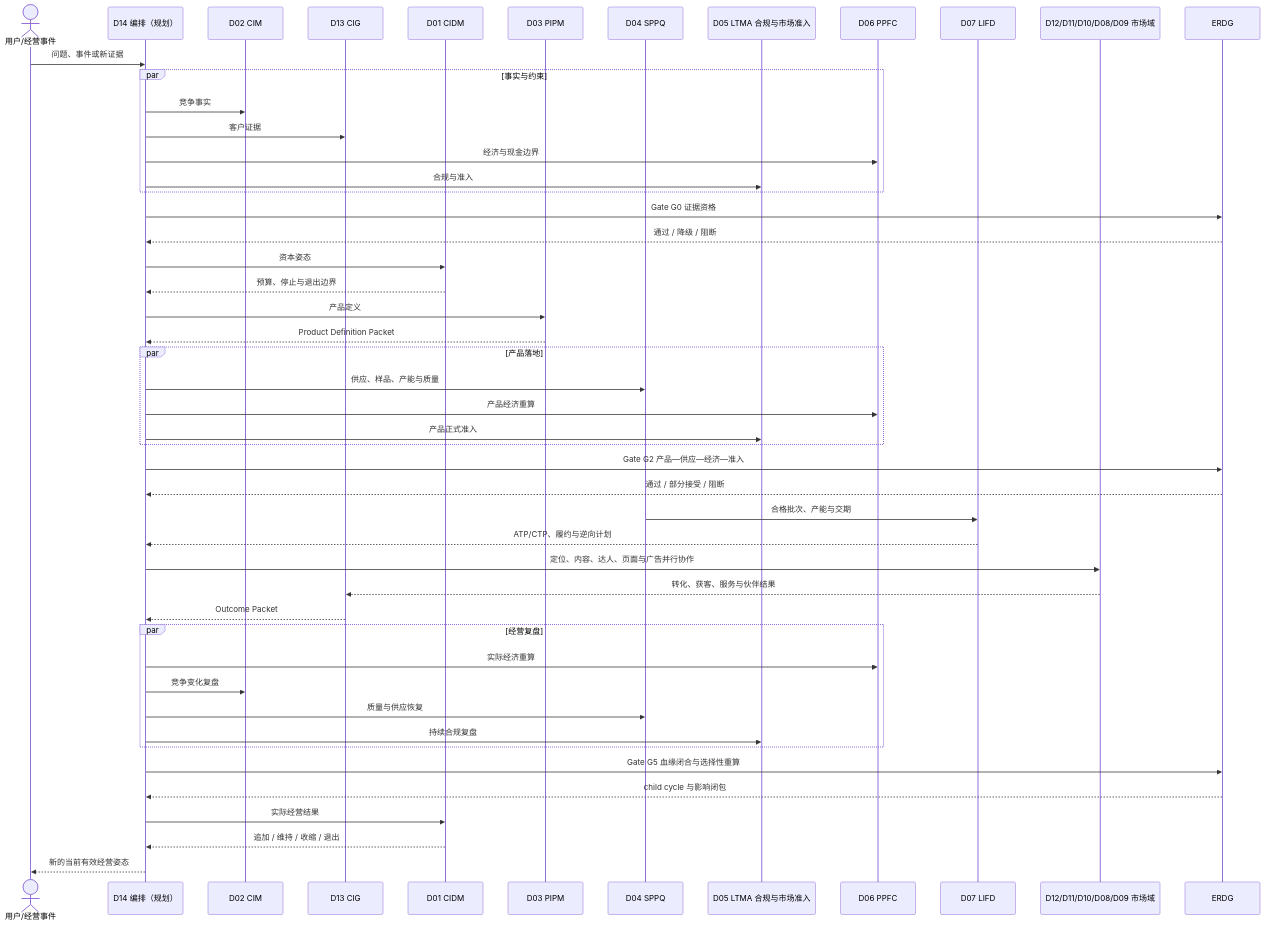
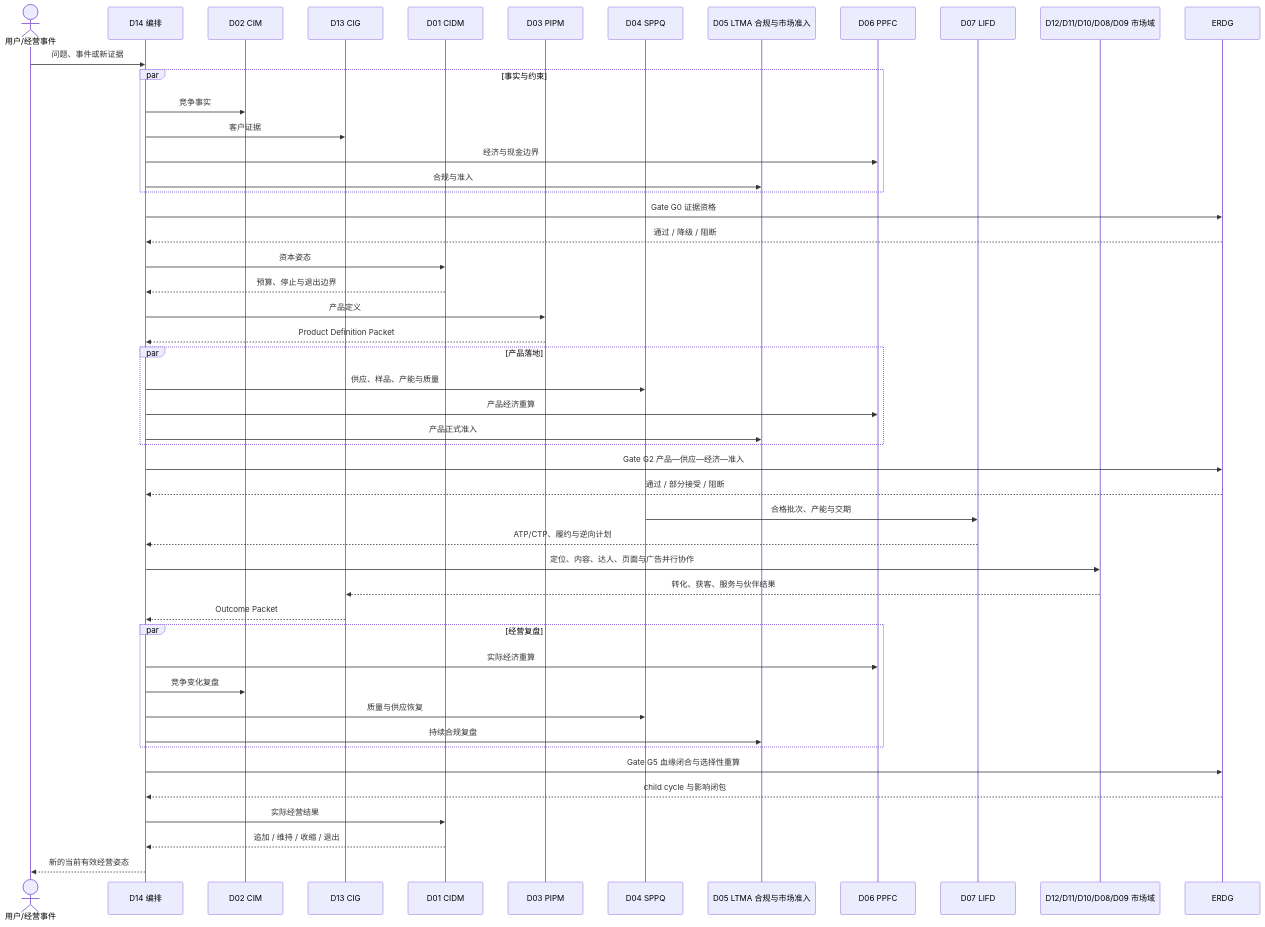
One commit to saye-chen/CrossBorder-Decision-Lab changed the third of 3 diagrams in README.md. Above: the diagram before and after it, drawn with Mermaid. The commit also changed other lines of this file and 88 other files, not shown here.

````diff
--- a/README.md
+++ b/README.md
@@ -164,51 +162,51 @@
 ```mermaid
 sequenceDiagram
     actor U as 用户/经营事件
-    participant D14 as D14 编排（规划）
+    participant D14 as D14 编排
     participant D02 as D02 CIM
     participant D13 as D13 CIG
     participant D01 as D01 CIDM
     participant D03 as D03 PIPM
     participant D04 as D04 SPPQ
     participant D05 as D05 LTMA 合规与市场准入
     participant D06 as D06 PPFC
     participant D07 as D07 LIFD
     participant M as D12/D11/D10/D08/D09 市场域
     participant E as ERDG
     U->>D14: 问题、事件或新证据
     par 事实与约束
       D14->>D02: 竞争事实
       D14->>D13: 客户证据
       D14->>D06: 经济与现金边界
       D14->>D05: 合规与准入
     end
     D14->>E: Gate G0 证据资格
     E-->>D14: 通过 / 降级 / 阻断
     D14->>D01: 资本姿态
     D01-->>D14: 预算、停止与退出边界
     D14->>D03: 产品定义
     D03-->>D14: Product Definition Packet
     par 产品落地
       D14->>D04: 供应、样品、产能与质量
       D14->>D06: 产品经济重算
       D14->>D05: 产品正式准入
     end
     D14->>E: Gate G2 产品—供应—经济—准入
     E-->>D14: 通过 / 部分接受 / 阻断
     D04->>D07: 合格批次、产能与交期
     D07-->>D14: ATP/CTP、履约与逆向计划
     D14->>M: 定位、内容、达人、页面与广告并行协作
     M-->>D13: 转化、获客、服务与伙伴结果
     D13-->>D14: Outcome Packet
     par 经营复盘
       D14->>D06: 实际经济重算
       D14->>D02: 竞争变化复盘
       D14->>D04: 质量与供应恢复
       D14->>D05: 持续合规复盘
     end
     D14->>E: Gate G5 血缘闭合与选择性重算
     E-->>D14: child cycle 与影响闭包
     D14->>D01: 实际经营结果
     D01-->>D14: 追加 / 维持 / 收缩 / 退出
     D14-->>U: 新的当前有效经营姿态
 ```
````
